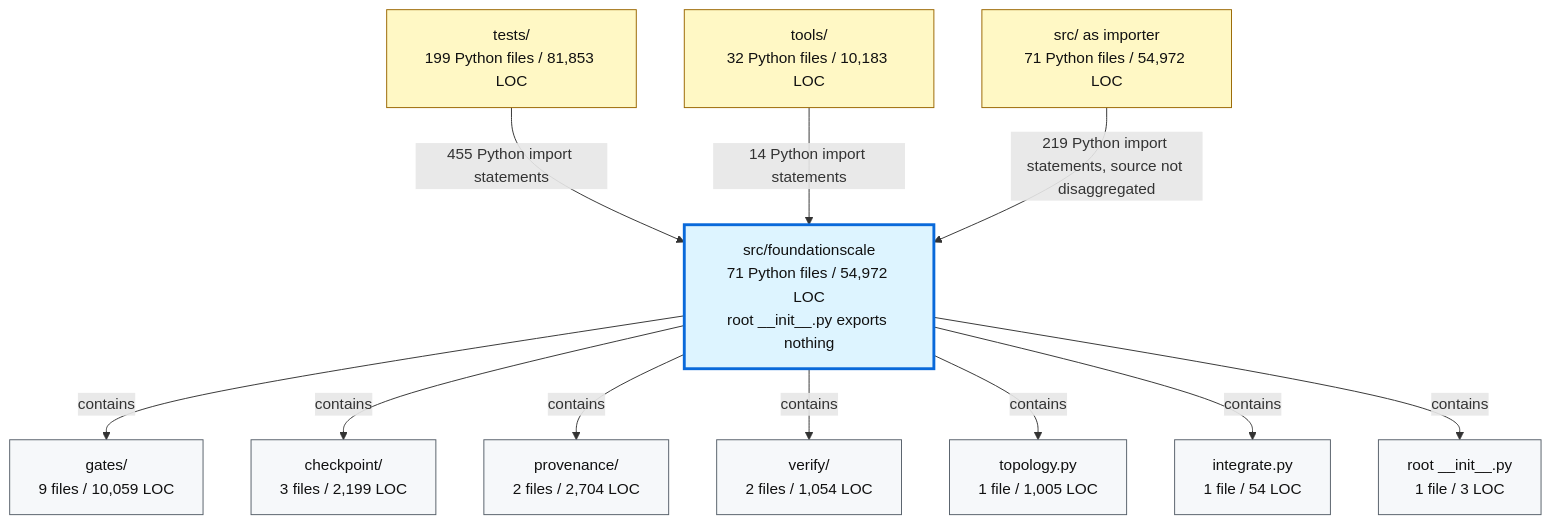
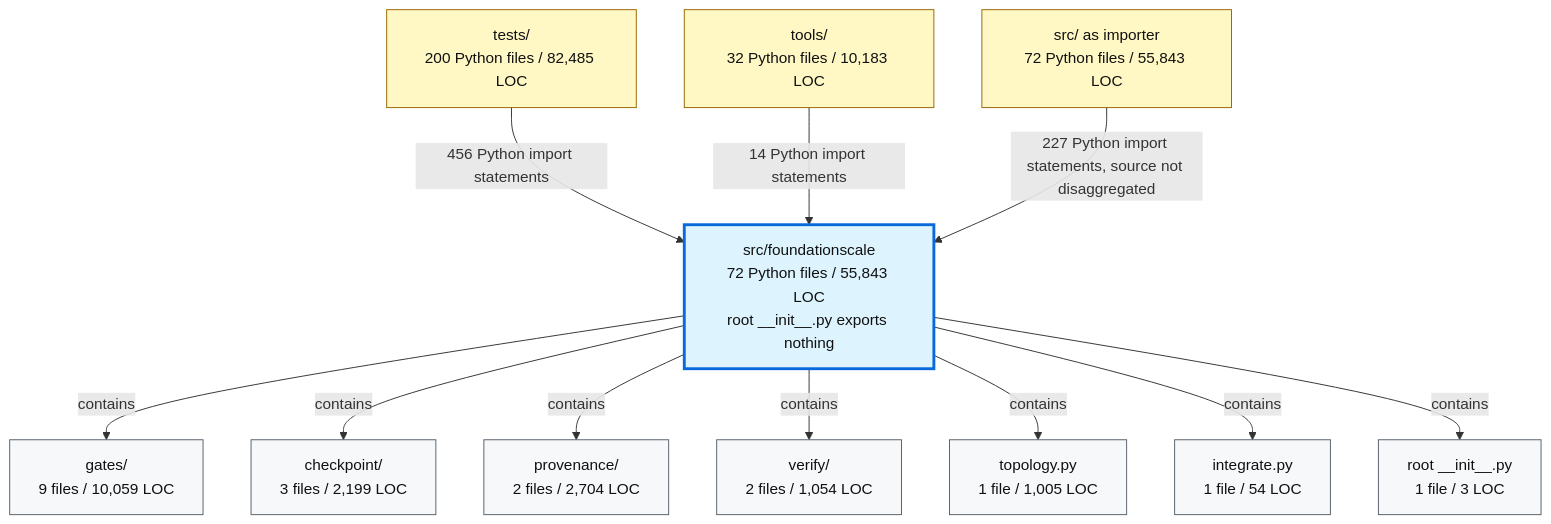
One commit to TranNhiem/FoundationScale changed the second of 2 diagrams in docs/review/D2_current_architecture.md. Above: the diagram before and after it, drawn with Mermaid. The commit also changed other lines of this file and 16 other files, not shown here.

````diff
--- a/docs/review/D2_current_architecture.md
+++ b/docs/review/D2_current_architecture.md
@@ -97,36 +97,36 @@
 ```mermaid
 flowchart TB
-  TESTS["tests/<br/>199 Python files / 81,853 LOC"]
+  TESTS["tests/<br/>200 Python files / 82,485 LOC"]
   TOOLS["tools/<br/>32 Python files / 10,183 LOC"]
-  SRC["src/ as importer<br/>71 Python files / 54,972 LOC"]
+  SRC["src/ as importer<br/>72 Python files / 55,843 LOC"]
 
-  FS["src/foundationscale<br/>71 Python files / 54,972 LOC<br/>root __init__.py exports nothing"]
+  FS["src/foundationscale<br/>72 Python files / 55,843 LOC<br/>root __init__.py exports nothing"]
 
   GATES["gates/<br/>9 files / 10,059 LOC"]
   CKPT["checkpoint/<br/>3 files / 2,199 LOC"]
   PROV["provenance/<br/>2 files / 2,704 LOC"]
   VERIFY["verify/<br/>2 files / 1,054 LOC"]
   TOPO["topology.py<br/>1 file / 1,005 LOC"]
   INTEG["integrate.py<br/>1 file / 54 LOC"]
   ROOT["root __init__.py<br/>1 file / 3 LOC"]
 
-  TESTS -->|"455 Python import statements"| FS
+  TESTS -->|"456 Python import statements"| FS
   TOOLS -->|"14 Python import statements"| FS
-  SRC -->|"219 Python import statements, source not disaggregated"| FS
+  SRC -->|"227 Python import statements, source not disaggregated"| FS
 
   FS -->|"contains"| GATES
   FS -->|"contains"| CKPT
   FS -->|"contains"| PROV
   FS -->|"contains"| VERIFY
   FS -->|"contains"| TOPO
   FS -->|"contains"| INTEG
   FS -->|"contains"| ROOT
 
   classDef consumer fill:#fff8c5,stroke:#9a6700,color:#111;
   classDef package fill:#ddf4ff,stroke:#0969da,stroke-width:3px,color:#111;
   classDef module fill:#f6f8fa,stroke:#57606a,color:#111;
 
   class TESTS,TOOLS,SRC consumer;
   class FS package;
   class GATES,CKPT,PROV,VERIFY,TOPO,INTEG,ROOT module;
 ```
````
